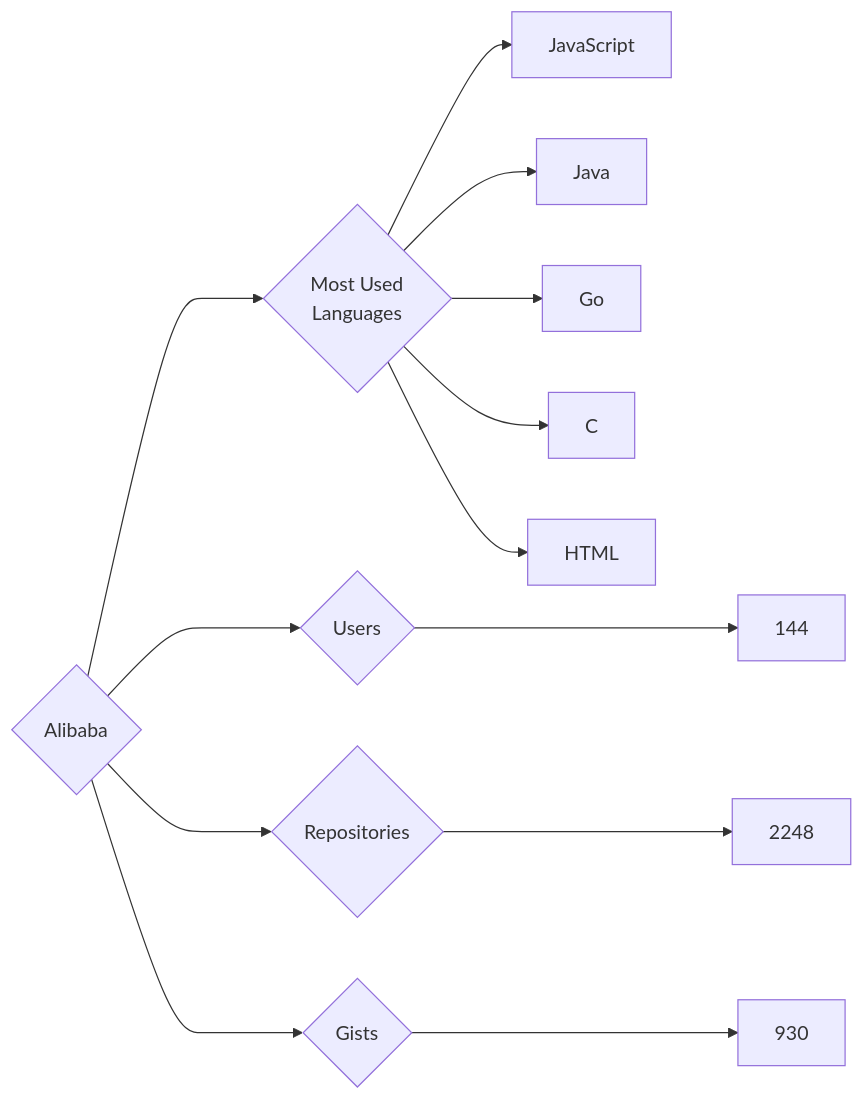
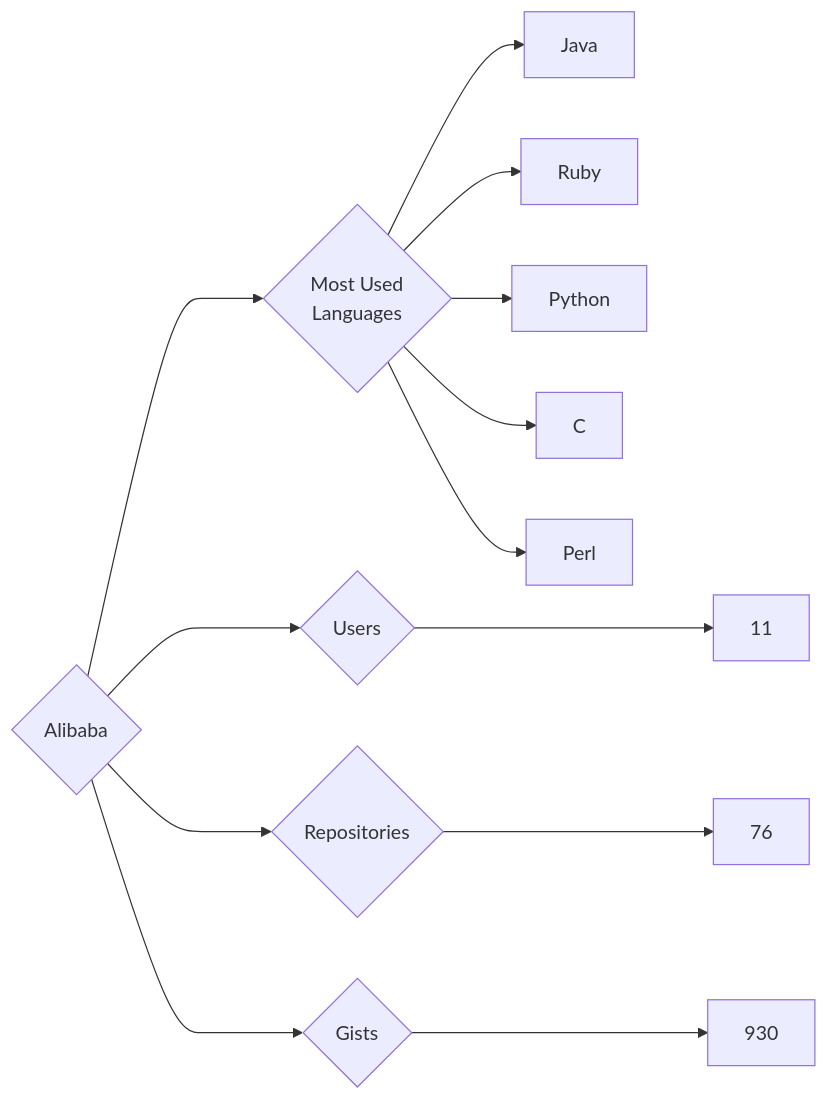
The diagram in targets/Alibaba/README.md (trickest/insiders), drawn with Mermaid before and after one commit. The commit also changed 934 other files, not shown here.

````diff
--- a/targets/Alibaba/README.md
+++ b/targets/Alibaba/README.md
@@ -3,13 +3,13 @@
 ```mermaid
 graph LR
 COMPANY_NAME{Alibaba}
-COMPANY_NAME ---> U{Users} ---> UN[144]
-COMPANY_NAME ---> R{Repositories} ---> RN[2248]
+COMPANY_NAME ---> U{Users} ---> UN[11]
+COMPANY_NAME ---> R{Repositories} ---> RN[76]
 COMPANY_NAME ---> G{Gists} ---> GN[930]
 COMPANY_NAME ---> ML{Most Used<br>Languages}
-ML --> JavaScript[JavaScript]
 ML --> Java[Java]
-ML --> Go[Go]
+ML --> Ruby[Ruby]
+ML --> Python[Python]
 ML --> C[C]
-ML --> HTML[HTML]
+ML --> Perl[Perl]
 ```
````
